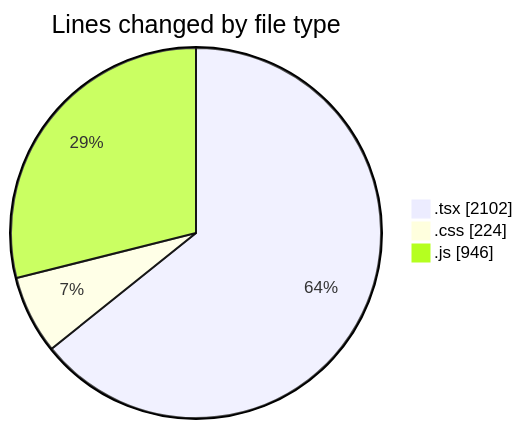
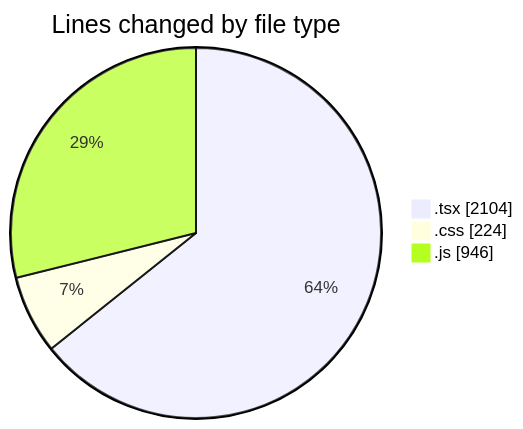
One commit to Elitesun/code-tracking changed the first of 2 diagrams in 2025-04-22/indesign/README.md. Above: the diagram before and after it, drawn with Mermaid. The commit also changed other lines of this file and 1 other file, not shown here.

````diff
--- a/2025-04-22/indesign/README.md
+++ b/2025-04-22/indesign/README.md
@@ -35,7 +35,7 @@
 ```mermaid
 pie showData
 title Lines changed by file type
-".tsx" : 2102
+".tsx" : 2104
 ".css" : 224
 ".js" : 946
 ```
````
